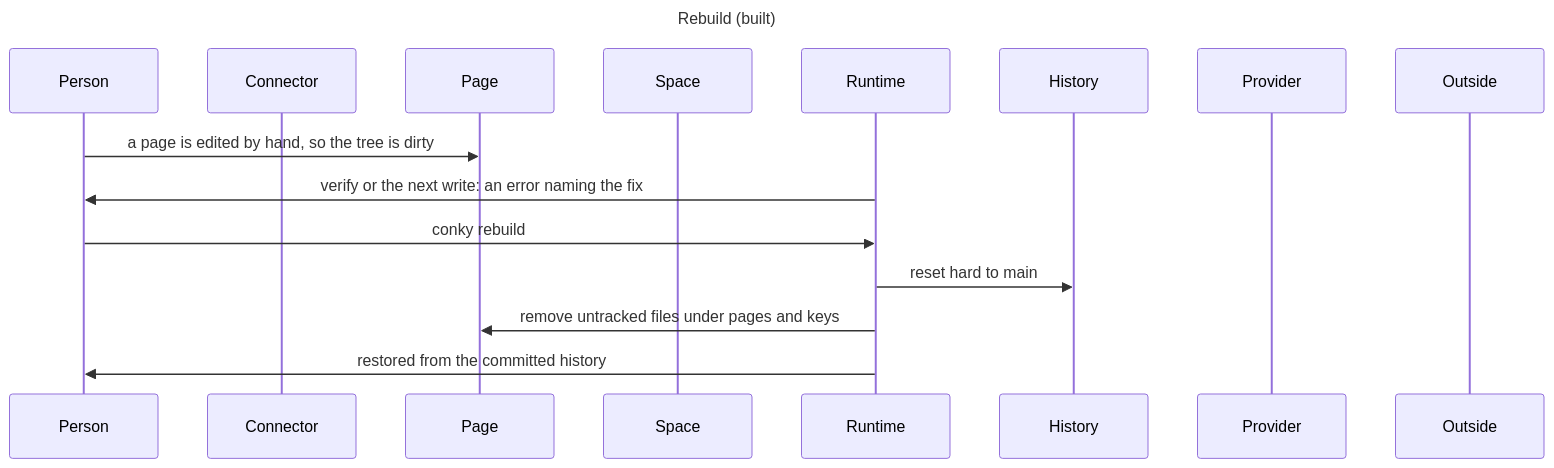
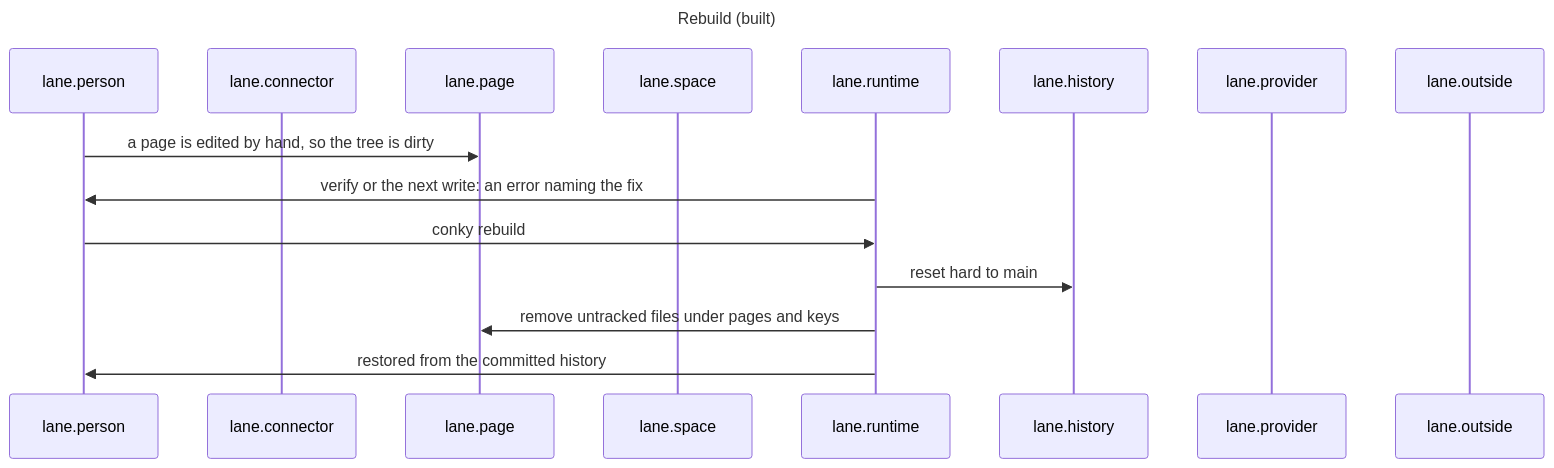
Before and after one commit to drksci/conky: diagram 12 of 29 in docs/reference/architecture.md, drawn with Mermaid. The commit also changed other lines of this file and 84 other files, not shown here.

First line of the commit message:
refactor: give every part of the architecture a dotted name

````diff
--- a/docs/reference/architecture.md
+++ b/docs/reference/architecture.md
@@ -589,20 +613,20 @@
 ```mermaid
 ---
 title: Rebuild (built)
 ---
 sequenceDiagram
-    participant Person
-    participant Connector
-    participant Page
-    participant Space
-    participant Runtime
-    participant History
-    participant Provider
-    participant Outside
-    Person->>Page: a page is edited by hand, so the tree is dirty
-    Runtime->>Person: verify or the next write: an error naming the fix
-    Person->>Runtime: conky rebuild
-    Runtime->>History: reset hard to main
-    Runtime->>Page: remove untracked files under pages and keys
-    Runtime->>Person: restored from the committed history
+    participant lane.person
+    participant lane.connector
+    participant lane.page
+    participant lane.space
+    participant lane.runtime
+    participant lane.history
+    participant lane.provider
+    participant lane.outside
+    lane.person->>lane.page: a page is edited by hand, so the tree is dirty
+    lane.runtime->>lane.person: verify or the next write: an error naming the fix
+    lane.person->>lane.runtime: conky rebuild
+    lane.runtime->>lane.history: reset hard to main
+    lane.runtime->>lane.page: remove untracked files under pages and keys
+    lane.runtime->>lane.person: restored from the committed history
 ```
````
